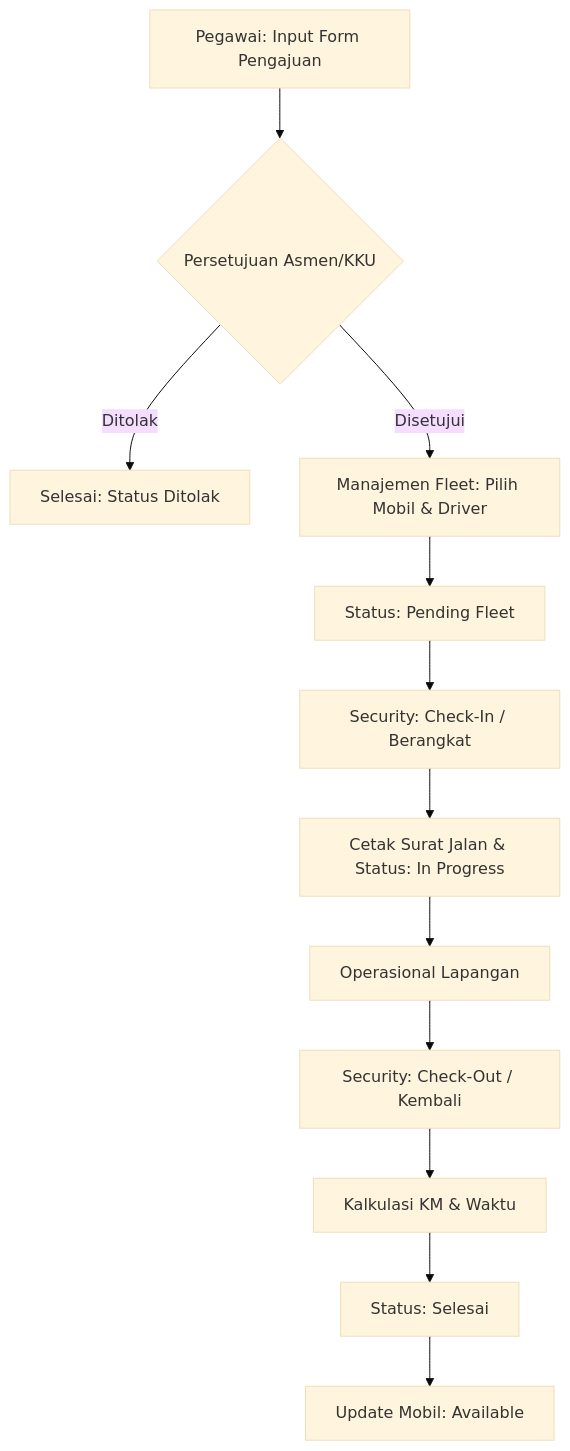
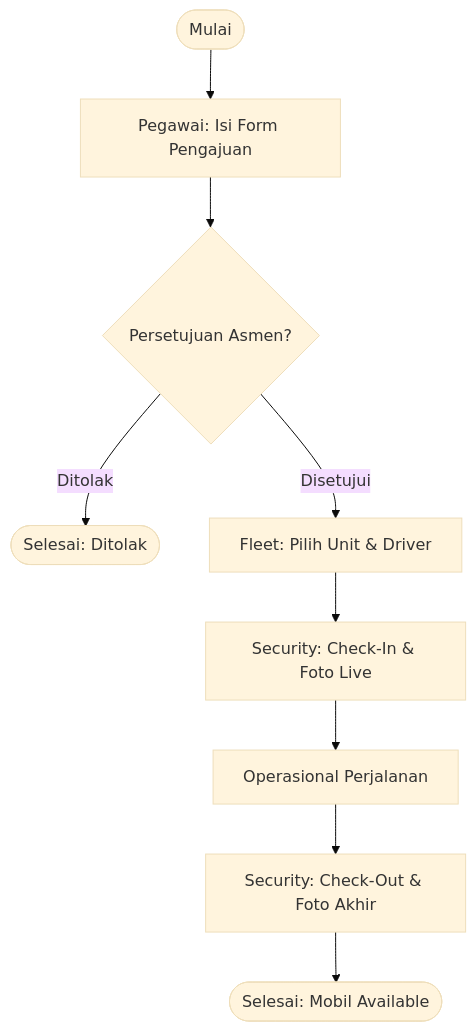
The second of 5 diagrams in DOCUMENTATION.md (Nabilla19/pln_transport), drawn with Mermaid (base theme) before and after one commit. The commit also changed other lines of this file and 1 other file, not shown here.

Commit message:
Consolidate and detail documentation: merged technical info, added Mermaid diagrams (UseCase, Flowchart, Sequence), and detailed folder structure

````diff
--- a/DOCUMENTATION.md
+++ b/DOCUMENTATION.md
@@ -44,14 +51,11 @@
 ```mermaid
 graph TD
-    A[Pegawai: Input Form Pengajuan] --> B{Persetujuan Asmen/KKU}
-    B -- Ditolak --> C[Selesai: Status Ditolak]
-    B -- Disetujui --> D[Manajemen Fleet: Pilih Mobil & Driver]
-    D --> E[Status: Pending Fleet]
-    E --> F[Security: Check-In / Berangkat]
-    F --> G[Cetak Surat Jalan & Status: In Progress]
-    G --> H[Operasional Lapangan]
-    H --> I[Security: Check-Out / Kembali]
-    I --> J[Kalkulasi KM & Waktu]
-    J --> K[Status: Selesai]
-    K --> L[Update Mobil: Available]
+    Start([Mulai]) --> Form[Pegawai: Isi Form Pengajuan]
+    Form --> Appr{Persetujuan Asmen?}
+    Appr -- Ditolak --> End([Selesai: Ditolak])
+    Appr -- Disetujui --> Fleet[Fleet: Pilih Unit & Driver]
+    Fleet --> SecIn[Security: Check-In & Foto Live]
+    SecIn --> Trip[Operasional Perjalanan]
+    Trip --> SecOut[Security: Check-Out & Foto Akhir]
+    SecOut --> Finish([Selesai: Mobil Available])
 ```
````
